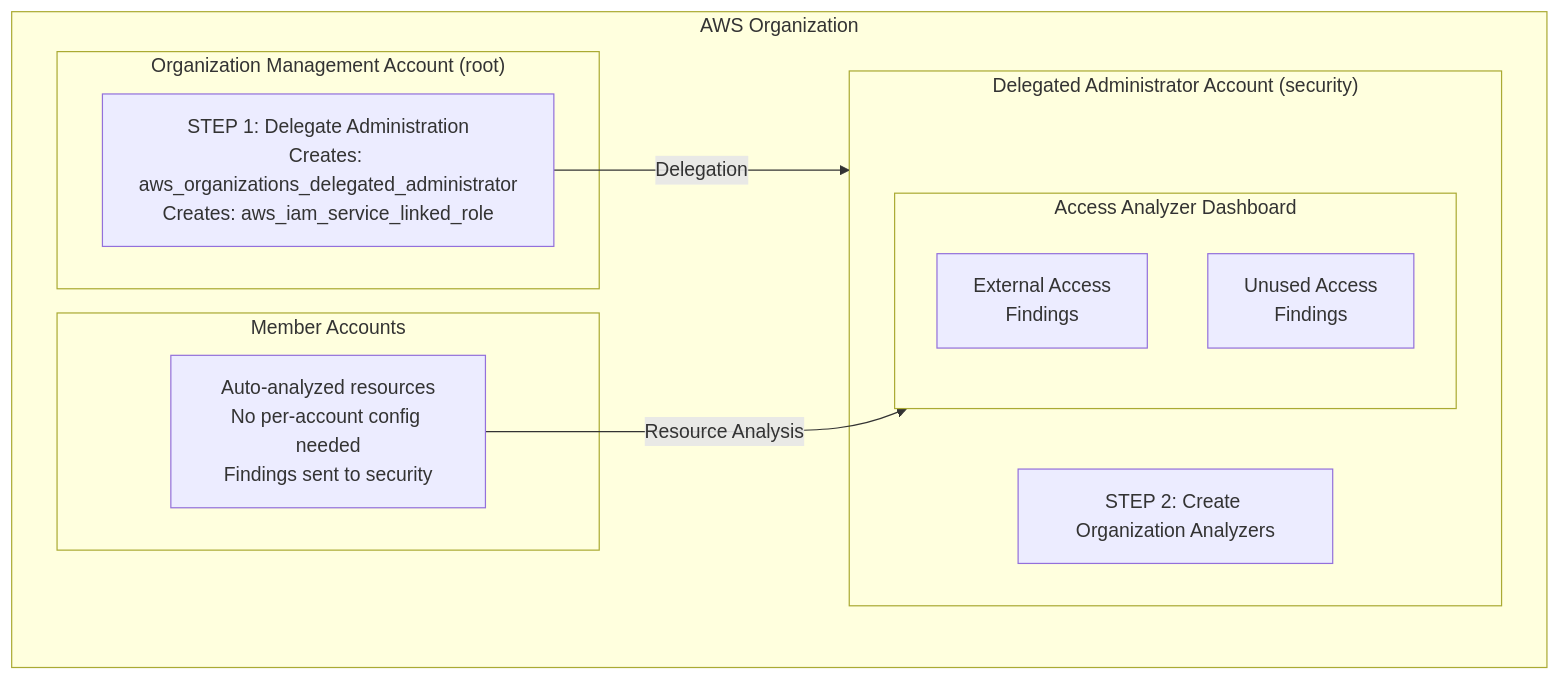
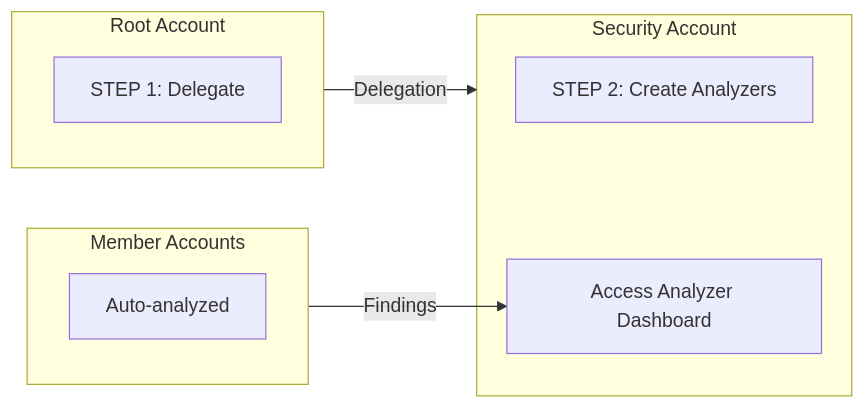
The diagram in docs/layers/security-and-compliance/aws-access-analyzer.mdx (cloudposse/docs), drawn with Mermaid before and after one commit. The commit also changed 10 other files, not shown here.

````diff
--- a/docs/layers/security-and-compliance/aws-access-analyzer.mdx
+++ b/docs/layers/security-and-compliance/aws-access-analyzer.mdx
@@ -53,23 +53,18 @@
 ```mermaid
-flowchart TB
-    subgraph org["AWS Organization"]
-        subgraph root["Organization Management Account (root)"]
-            step1["STEP 1: Delegate Administration<br/>Creates: aws_organizations_delegated_administrator<br/>Creates: aws_iam_service_linked_role"]
-        end
-
-        subgraph security["Delegated Administrator Account (security)"]
-            step2["STEP 2: Create Organization Analyzers"]
-            subgraph dashboard["Access Analyzer Dashboard"]
-                external["External Access<br/>Findings"]
-                unused["Unused Access<br/>Findings"]
-            end
-        end
-
-        subgraph members["Member Accounts"]
-            member["Auto-analyzed resources<br/>No per-account config needed<br/>Findings sent to security"]
-        end
+flowchart LR
+    subgraph root["Root Account"]
+        step1["STEP 1: Delegate"]
     end
 
-    step1 -->|"Delegation"| security
-    member -->|"Resource Analysis"| dashboard
+    subgraph security["Security Account"]
+        step2["STEP 2: Create Analyzers"]
+        dashboard["Access Analyzer Dashboard"]
+    end
+
+    subgraph members["Member Accounts"]
+        member["Auto-analyzed"]
+    end
+
+    root -->|"Delegation"| security
+    members -->|"Findings"| dashboard
 ```
````
